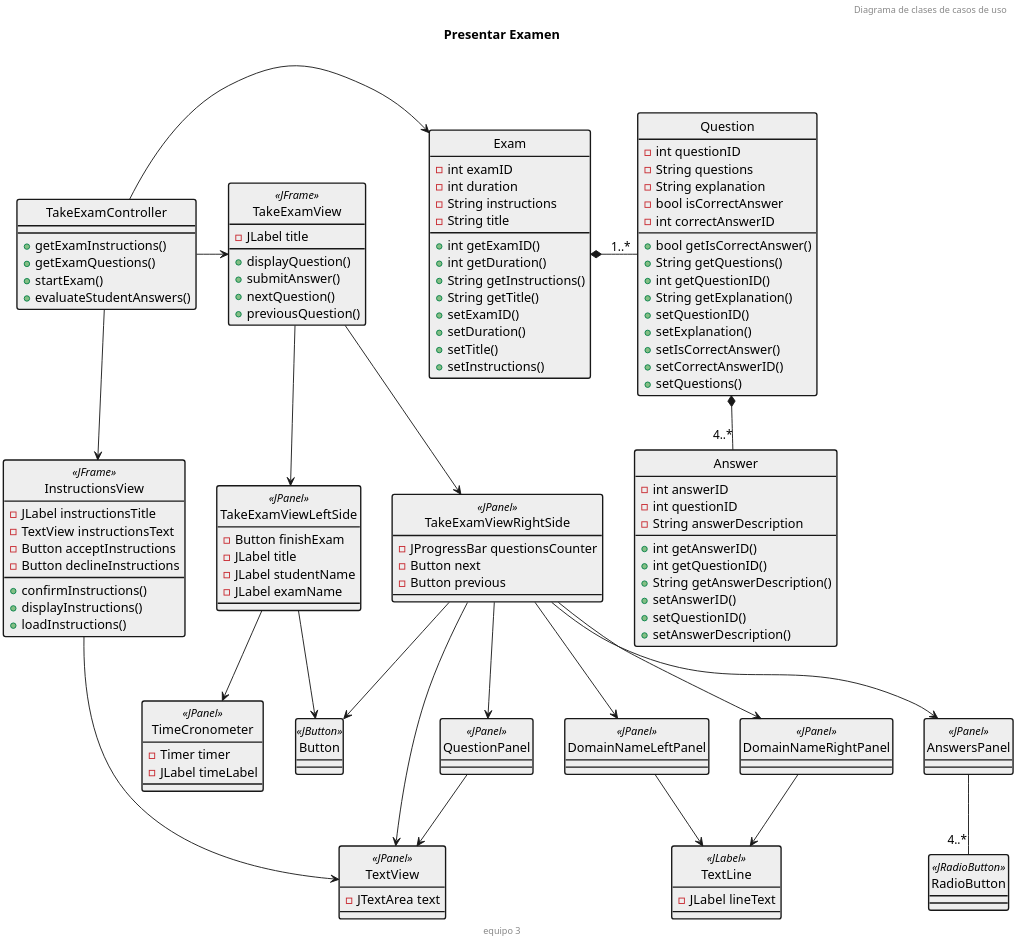
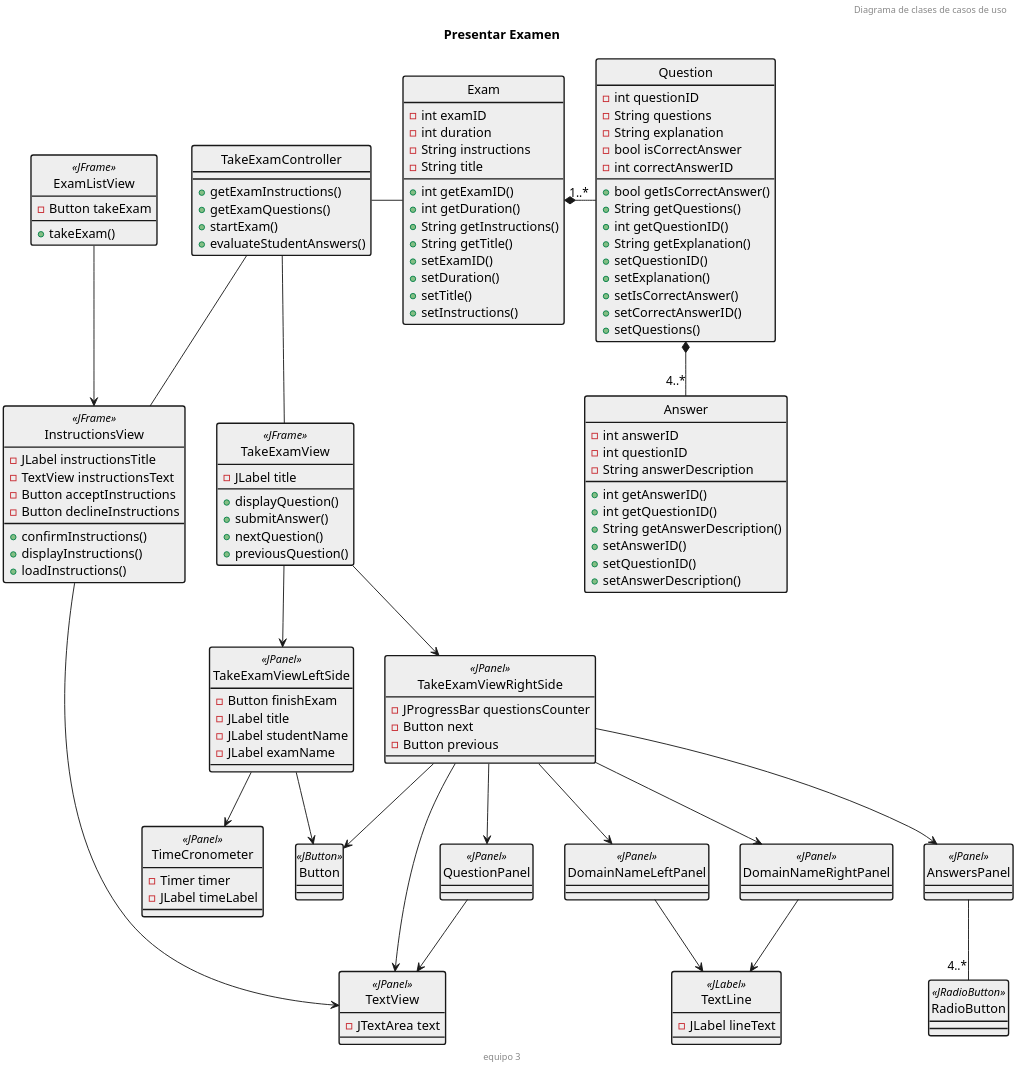
One commit to febres35/EdTech_IS changed the diagram in diagramaClasesDeDiseño.plantuml. Above: the diagram before and after it, drawn with PlantUML. The commit also changed 1 other file, not shown here.

Commit message:
Se agregó la clase ExamListView

```diff
--- a/diagramaClasesDeDiseño.plantuml
+++ b/diagramaClasesDeDiseño.plantuml
@@ -1,149 +1,155 @@
 @startuml "Diagrama de clases"
 header Diagrama de clases de casos de uso
 title  Presentar Examen 
 footer equipo 3
 
 skinparam style strictuml
 skinparam ClassBackGroundColor EEEEEE
 skinparam ClassBorderThickness 1.5
 skinparam dpi 300
+
+class ExamListView <<JFrame>>{
+    -Button takeExam
+    +takeExam()
+}
 
 class InstructionsView <<JFrame>>{
     -JLabel instructionsTitle
     -TextView instructionsText
     -Button acceptInstructions
     -Button declineInstructions
     +confirmInstructions()
     +displayInstructions()
     +loadInstructions()
 }
 
 class Button <<JButton>>{
 }
 
 class RadioButton <<JRadioButton>>{    
 }
 
 class TextView <<JPanel>>{
     -JTextArea text
 }
 
 class TextLine <<JLabel>>{
     -JLabel lineText
 }
 
 class TakeExamController{    
     +getExamInstructions()
     +getExamQuestions()
     +startExam()
     +evaluateStudentAnswers()
 }
 
 class TakeExamView <<JFrame>>{ 
     -JLabel title   
     +displayQuestion()
     +submitAnswer()
     +nextQuestion()
     +previousQuestion()
 }
 
 class TakeExamViewLeftSide <<JPanel>>{
     -Button finishExam
     -JLabel title
     -JLabel studentName
     -JLabel examName
 
 }
 
 class TimeCronometer <<JPanel>>{
     -Timer timer
     -JLabel timeLabel
 }
 
 class TakeExamViewRightSide <<JPanel>>{
     -JProgressBar questionsCounter
     -Button next
     -Button previous
 }
 
 class DomainNameLeftPanel<<JPanel>>{
 }
 
 class DomainNameRightPanel<<JPanel>>{
 }
 
 class QuestionPanel <<JPanel>>{
     
 }
 
 class AnswersPanel <<JPanel>>{
 
 }
 
 class Exam{
     -int examID
     -int duration
     -String instructions
     -String title
     +int getExamID()
     +int getDuration()
     +String getInstructions()
     +String getTitle()
     +setExamID()
     +setDuration()
     +setTitle()
     +setInstructions()
 }
 
 class Question{
     -int questionID
     -String questions
     -String explanation
     -bool isCorrectAnswer
     -int correctAnswerID
     +bool getIsCorrectAnswer()
     +String getQuestions()
     +int getQuestionID()
     +String getExplanation()
     +setQuestionID()
     +setExplanation()
     +setIsCorrectAnswer()
     +setCorrectAnswerID()
     +setQuestions()
 }
 
 class Answer{
     -int answerID
     -int questionID
     -String answerDescription
     +int getAnswerID()
     +int getQuestionID()
     +String getAnswerDescription()
     +setAnswerID()
     +setQuestionID()
     +setAnswerDescription() 
 }
 
-TakeExamController->Exam
-TakeExamController-down->InstructionsView
+TakeExamController-Exam
+TakeExamController--InstructionsView
+ExamListView-down->InstructionsView
 InstructionsView-->TextView
-TakeExamController->TakeExamView
+TakeExamController--TakeExamView
 TakeExamView-->TakeExamViewLeftSide
 TakeExamView-->TakeExamViewRightSide
 TakeExamViewRightSide-->TextView
 TakeExamViewRightSide-->QuestionPanel
 TakeExamViewRightSide-->AnswersPanel
 TakeExamViewRightSide-->DomainNameLeftPanel
 TakeExamViewRightSide-->DomainNameRightPanel
 TakeExamViewRightSide-->Button
 TakeExamViewLeftSide-->Button
 TakeExamViewLeftSide-->TimeCronometer
 DomainNameLeftPanel-->TextLine
 DomainNameRightPanel-->TextLine
 QuestionPanel-->TextView
 AnswersPanel--"4..*"RadioButton
 Exam *- "1..*" Question
 Question *-down- "4..*" Answer
 
 
 @enduml
```
